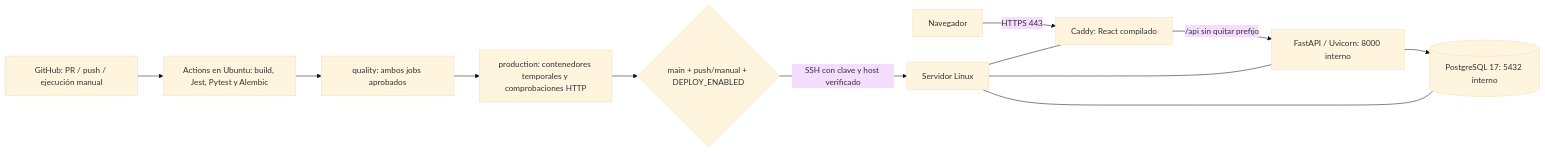
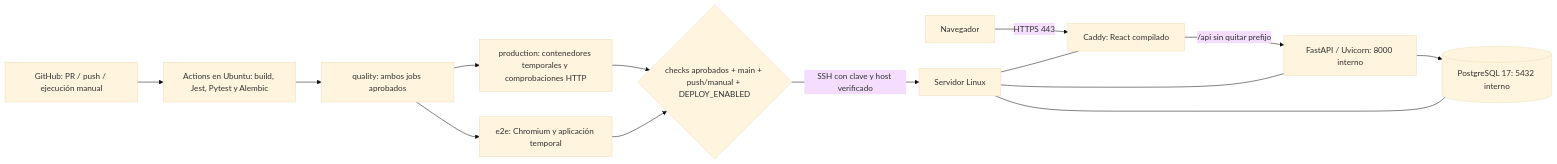
One commit to JorgeJaceval/Pruebas-De-Software-RentSmart changed the diagram in docs/despliegue.md. Above: the diagram before and after it, drawn with Mermaid (base theme). The commit also changed other lines of this file and 8 other files, not shown here.

````diff
--- a/docs/despliegue.md
+++ b/docs/despliegue.md
@@ -13,14 +13,16 @@
 ```mermaid
 flowchart LR
   GH[GitHub: PR / push / ejecución manual] --> CI[Actions en Ubuntu: build, Jest, Pytest y Alembic]
   CI --> Q[quality: ambos jobs aprobados]
   Q --> Smoke[production: contenedores temporales y comprobaciones HTTP]
-  Smoke --> Gate{main + push/manual + DEPLOY_ENABLED}
+  Q --> E2E[e2e: Chromium y aplicación temporal]
+  Smoke --> Gate{checks aprobados + main + push/manual + DEPLOY_ENABLED}
+  E2E --> Gate
   Gate -->|SSH con clave y host verificado| VPS[Servidor Linux]
   Usuario[Navegador] -->|HTTPS 443| Caddy[Caddy: React compilado]
   Caddy -->|/api sin quitar prefijo| API[FastAPI / Uvicorn: 8000 interno]
   API --> DB[(PostgreSQL 17: 5432 interno)]
   VPS --- Caddy
   VPS --- API
   VPS --- DB
 ```
````
